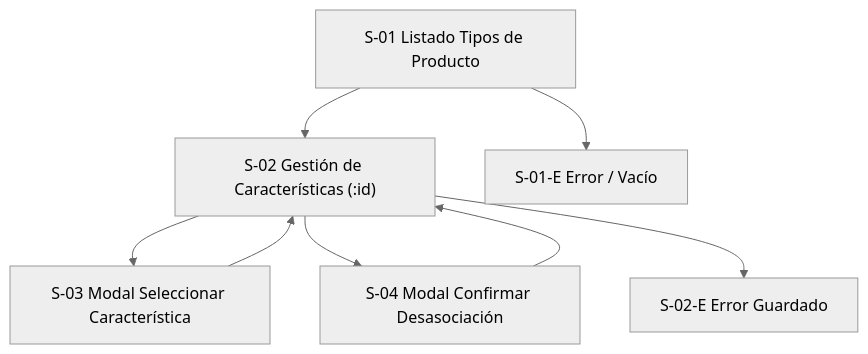
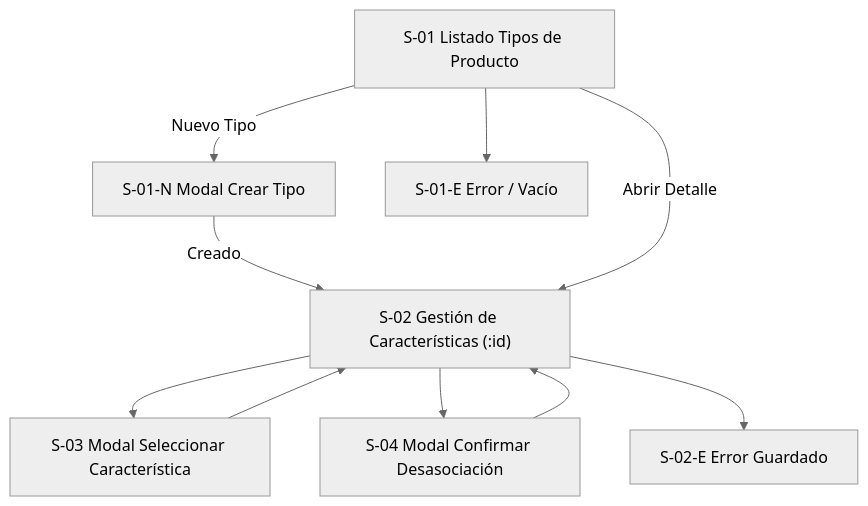
The diagram in wireframes/flows/WF-010-asociacion-tipo-producto-caracteristica.md (Taller-SW-Web/Productos-y-Ofertas-docs), drawn with Mermaid (neutral theme) before and after one commit. The commit also changed other lines of this file and 23 other files, not shown here.

```diff
--- a/wireframes/flows/WF-010-asociacion-tipo-producto-caracteristica.md
+++ b/wireframes/flows/WF-010-asociacion-tipo-producto-caracteristica.md
@@ -221,10 +243,12 @@
 ~~~mermaid
 flowchart TD
-    A["S-01 Listado Tipos de Producto"] --> B["S-02 Gestión de Características (:id)"]
+    A["S-01 Listado Tipos de Producto"] -->|Nuevo Tipo| N["S-01-N Modal Crear Tipo"]
+    N -->|Creado| B["S-02 Gestión de Características (:id)"]
+    A -->|Abrir Detalle| B
     A --> E1["S-01-E Error / Vacío"]
     B --> C["S-03 Modal Seleccionar Característica"]
     C --> B
     B --> D["S-04 Modal Confirmar Desasociación"]
     D --> B
     B --> E2["S-02-E Error Guardado"]
 ~~~
```
